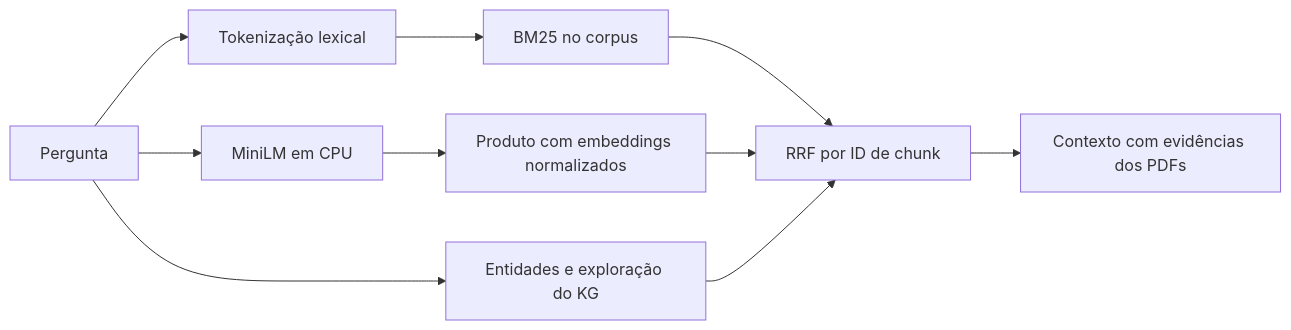
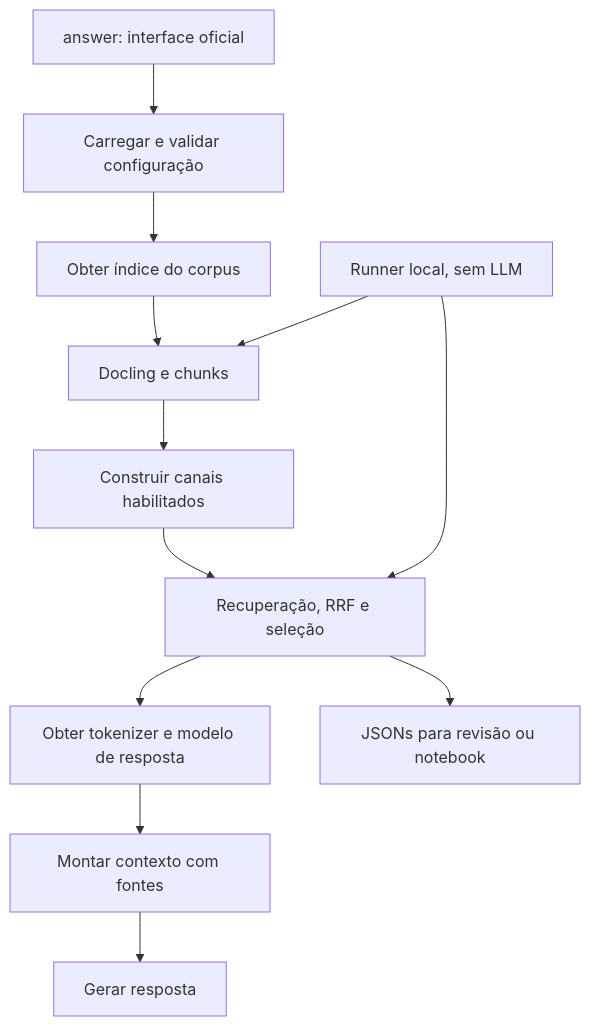
One commit to ArthurTRamos/IEEE-Challenge changed the diagram in docs/implementations/rag-pipeline.md. Above: the diagram before and after it, drawn with Mermaid. The commit also changed other lines of this file and 66 other files, not shown here.

````diff
--- a/docs/implementations/rag-pipeline.md
+++ b/docs/implementations/rag-pipeline.md
@@ -63,12 +29,14 @@
 ```mermaid
-flowchart LR
-    Q[Pergunta] --> L[Tokenização lexical]
-    L --> B[BM25 no corpus]
-    Q --> E[MiniLM em CPU]
-    E --> D[Produto com embeddings normalizados]
-    Q --> G[Entidades e exploração do KG]
-    B --> R[RRF por ID de chunk]
-    D --> R
-    G --> R
-    R --> C[Contexto com evidências dos PDFs]
+flowchart TD
+    A[answer: interface oficial] --> S[Carregar e validar configuração]
+    S --> I[Obter índice do corpus]
+    I --> D[Docling e chunks]
+    D --> E[Construir canais habilitados]
+    E --> R[Recuperação, RRF e seleção]
+    R --> L[Obter tokenizer e modelo de resposta]
+    L --> C[Montar contexto com fontes]
+    C --> G[Gerar resposta]
+    T[Runner local, sem LLM] --> D
+    T --> R
+    R --> X[JSONs para revisão ou notebook]
 ```
````
